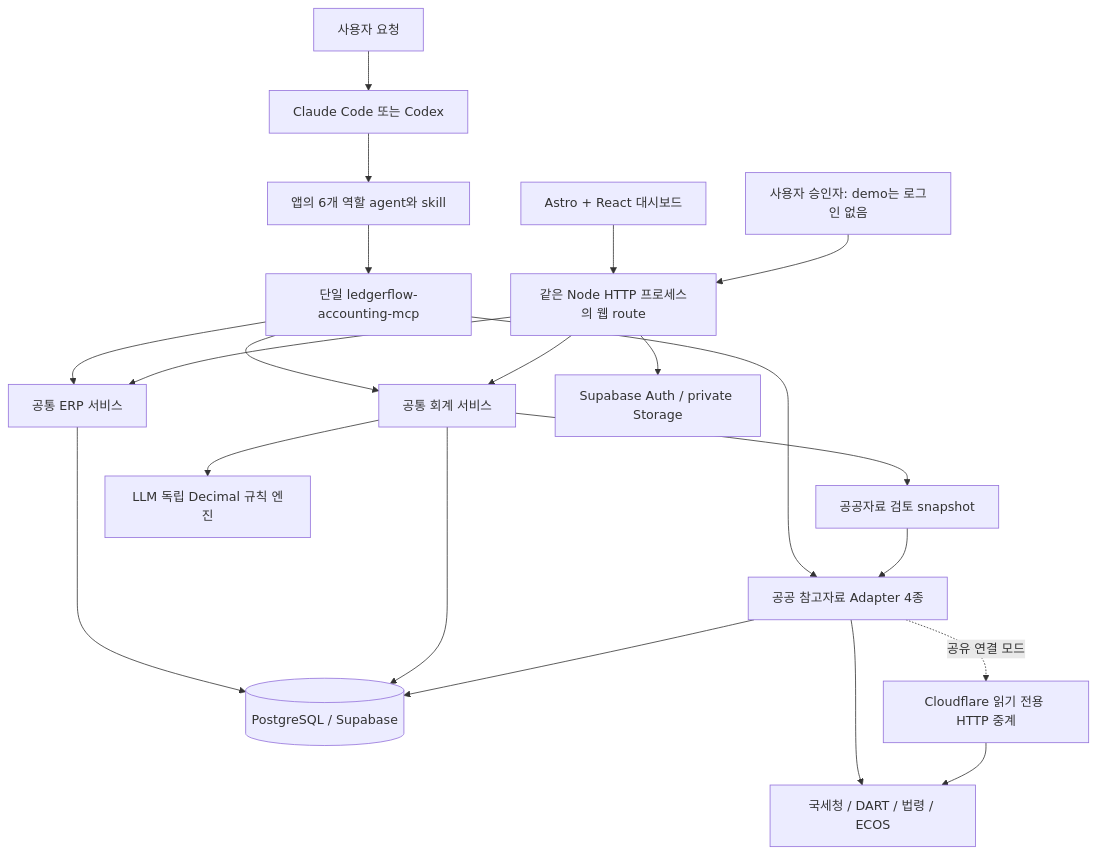
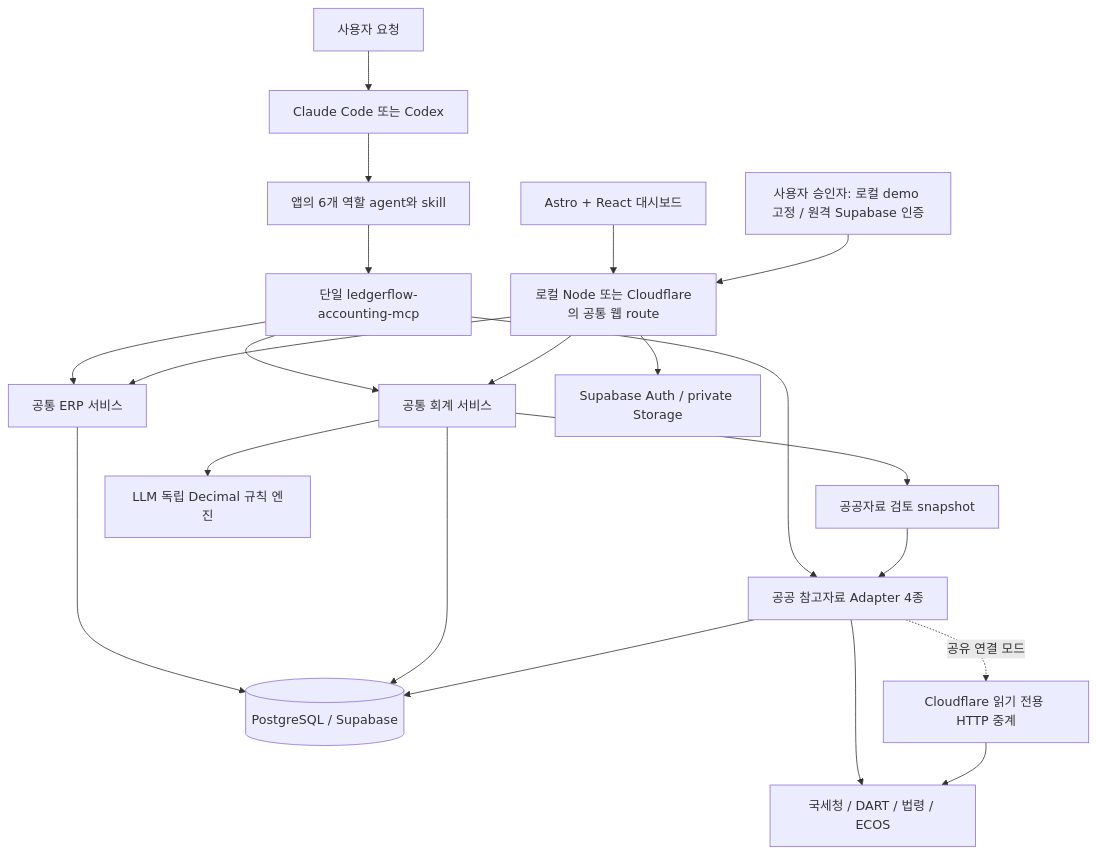
The first of 3 diagrams in docs/ARCHITECTURE.md (osh3772-star/ledgerflow-ai), drawn with Mermaid before and after one commit. The commit also changed other lines of this file and 19 other files, not shown here.

````diff
--- a/docs/ARCHITECTURE.md
+++ b/docs/ARCHITECTURE.md
@@ -11,23 +11,23 @@
 ```mermaid
 flowchart TD
   U[사용자 요청] --> C[Claude Code 또는 Codex]
   C --> R[앱의 6개 역할 agent와 skill]
   R --> M[단일 ledgerflow-accounting-mcp]
   M --> E[공통 ERP 서비스]
   M --> A[공통 회계 서비스]
   M --> P[공공 참고자료 Adapter 4종]
   A --> V[공공자료 검토 snapshot]
   V --> P
   A --> K[LLM 독립 Decimal 규칙 엔진]
   E --> D[(PostgreSQL / Supabase)]
   A --> D
   P --> N[국세청 / DART / 법령 / ECOS]
   P -. 공유 연결 모드 .-> G[Cloudflare 읽기 전용 HTTP 중계]
   G --> N
   P --> D
-  W[Astro + React 대시보드] --> H[같은 Node HTTP 프로세스의 웹 route]
+  W[Astro + React 대시보드] --> H[로컬 Node 또는 Cloudflare의 공통 웹 route]
   H --> A
   H --> E
   H --> S[Supabase Auth / private Storage]
-  HU[사용자 승인자: demo는 로그인 없음] --> H
+  HU[사용자 승인자: 로컬 demo 고정 / 원격 Supabase 인증] --> H
 ```
````
